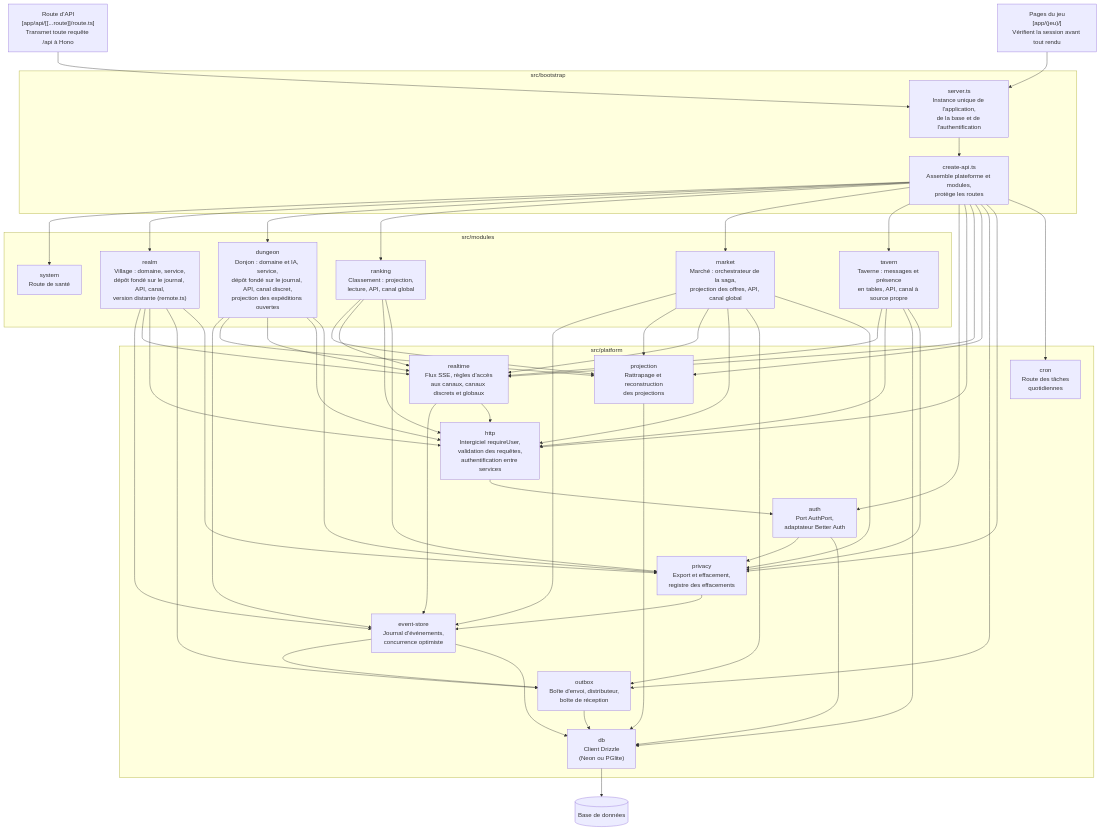
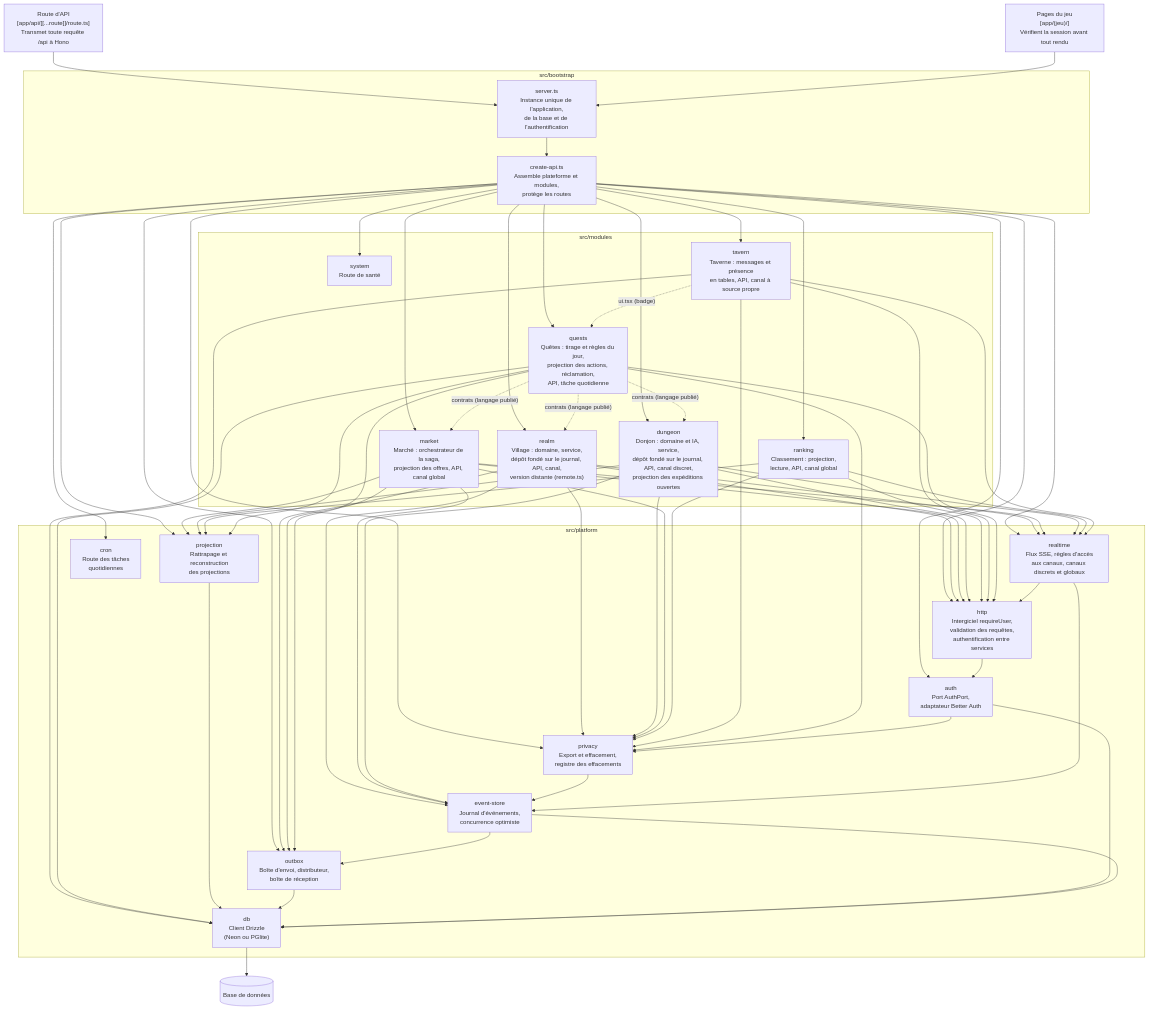
The third of 6 diagrams in docs/architecture.md (Titinite/Royaumes), drawn with Mermaid before and after one commit. The commit also changed other lines of this file and 2 other files, not shown here.

Commit message:
docs: présenter le module Quêtes dans l'architecture, le README et le registre RGPD

````diff
--- a/docs/architecture.md
+++ b/docs/architecture.md
@@ -55,49 +57,53 @@
 ```mermaid
 flowchart TB
   route["Route d'API<br/>[app/api/[[...route]]/route.ts]<br/>Transmet toute requête /api à Hono"]
   pages["Pages du jeu<br/>[app/(jeu)/]<br/>Vérifient la session avant tout rendu"]
   subgraph bootstrap["src/bootstrap"]
     server["server.ts<br/>Instance unique de l'application,<br/>de la base et de l'authentification"]
     createapi["create-api.ts<br/>Assemble plateforme et modules,<br/>protège les routes"]
   end
   subgraph modules["src/modules"]
     system["system<br/>Route de santé"]
     realm["realm<br/>Village : domaine, service,<br/>dépôt fondé sur le journal, API, canal,<br/>version distante (remote.ts)"]
     dungeon["dungeon<br/>Donjon : domaine et IA, service,<br/>dépôt fondé sur le journal, API, canal discret,<br/>projection des expéditions ouvertes"]
     ranking["ranking<br/>Classement : projection,<br/>lecture, API, canal global"]
     market["market<br/>Marché : orchestrateur de la saga,<br/>projection des offres, API, canal global"]
     tavern["tavern<br/>Taverne : messages et présence<br/>en tables, API, canal à source propre"]
+    quests["quests<br/>Quêtes : tirage et règles du jour,<br/>projection des actions, réclamation,<br/>API, tâche quotidienne"]
   end
   subgraph platform["src/platform"]
     auth["auth<br/>Port AuthPort,<br/>adaptateur Better Auth"]
     http["http<br/>Intergiciel requireUser,<br/>validation des requêtes,<br/>authentification entre services"]
     realtime["realtime<br/>Flux SSE, règles d'accès<br/>aux canaux, canaux discrets et globaux"]
     store["event-store<br/>Journal d'événements,<br/>concurrence optimiste"]
     projection["projection<br/>Rattrapage et reconstruction<br/>des projections"]
     outbox["outbox<br/>Boîte d'envoi, distributeur,<br/>boîte de réception"]
     privacy["privacy<br/>Export et effacement,<br/>registre des effacements"]
     cron["cron<br/>Route des tâches<br/>quotidiennes"]
     db["db<br/>Client Drizzle<br/>(Neon ou PGlite)"]
   end
   base[("Base de données")]
   route --> server
   pages --> server
   server --> createapi
-  createapi --> system & realm & dungeon & ranking & market & tavern & auth & http & realtime & projection & outbox & privacy & cron
+  createapi --> system & realm & dungeon & ranking & market & tavern & quests & auth & http & realtime & projection & outbox & privacy & cron
   realm --> store & realtime & http & outbox
   market --> store & projection & realtime & http & outbox
   dungeon --> store & projection & realtime & http
   ranking --> projection & realtime & http
   tavern --> realtime & http & db
-  realm & dungeon & market & ranking & tavern --> privacy
+  realm & dungeon & market & ranking & tavern & quests --> privacy
+  quests --> projection & outbox & http & db
+  quests -. "contrats (langage publié)" .-> realm & dungeon & market
+  tavern -. "ui.tsx (badge)" .-> quests
   privacy --> store
   auth --> privacy
   realtime --> store & http
   projection --> db
   store --> outbox
   outbox --> db
   http --> auth
   auth --> db
   store --> db
   db --> base
 ```
````
